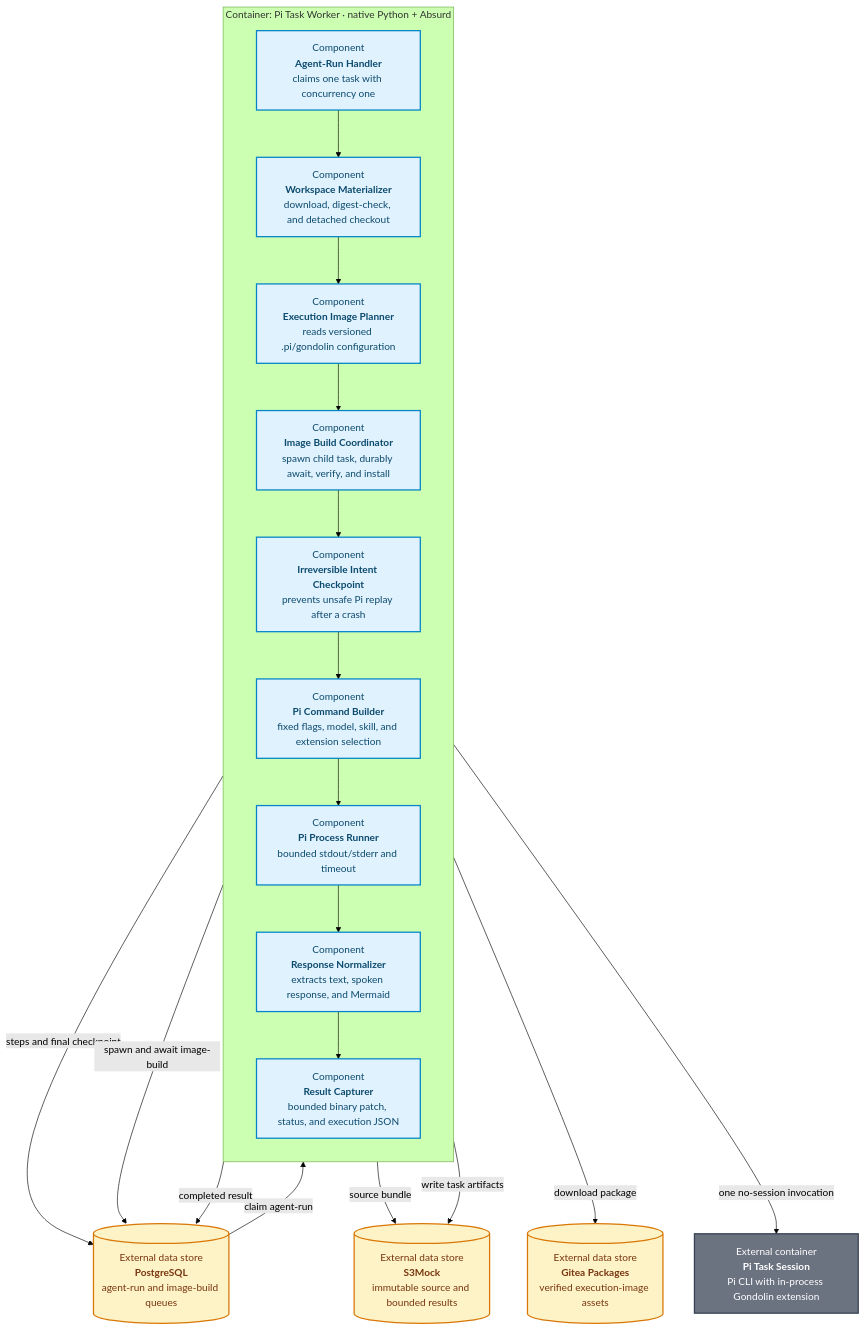
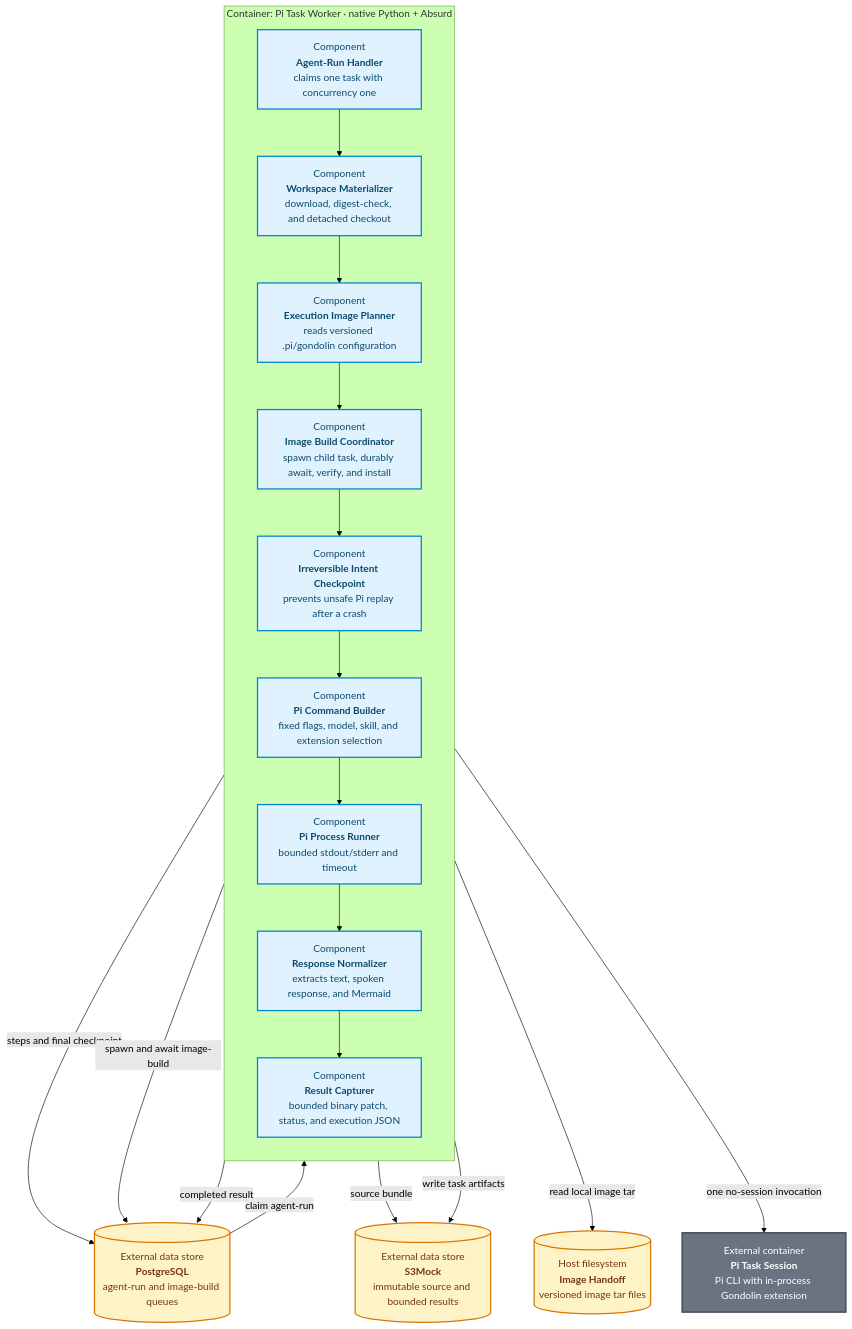
The diagram in products/voice-agent/docs/architecture/c3-pi-task-worker.mmd (ragavsathish/agent-workload-platform), drawn with Mermaid (forest theme) before and after one commit. The commit also changed 87 other files, not shown here.

Commit message:
Move image builds to host Docker API and simplify tooling

```diff
--- a/products/voice-agent/docs/architecture/c3-pi-task-worker.mmd
+++ b/products/voice-agent/docs/architecture/c3-pi-task-worker.mmd
@@ -1,36 +1,36 @@
 flowchart TB
     DB[(External data store<br/><b>PostgreSQL</b><br/>agent-run and image-build queues)]
     S3[(External data store<br/><b>S3Mock</b><br/>immutable source and bounded results)]
-    GITEA[(External data store<br/><b>Gitea Packages</b><br/>verified execution-image assets)]
+    HANDOFF[(Host filesystem<br/><b>Image Handoff</b><br/>versioned image tar files)]
     PI[External container<br/><b>Pi Task Session</b><br/>Pi CLI with in-process Gondolin extension]
 
     subgraph WORKER["Container: Pi Task Worker · native Python + Absurd"]
         direction TB
         CLAIM["Component<br/><b>Agent-Run Handler</b><br/>claims one task with concurrency one"]
         MATERIALIZE["Component<br/><b>Workspace Materializer</b><br/>download, digest-check, and detached checkout"]
         PLAN["Component<br/><b>Execution Image Planner</b><br/>reads versioned .pi/gondolin configuration"]
         BUILD["Component<br/><b>Image Build Coordinator</b><br/>spawn child task, durably await, verify, and install"]
         INTENT["Component<br/><b>Irreversible Intent Checkpoint</b><br/>prevents unsafe Pi replay after a crash"]
         COMMAND["Component<br/><b>Pi Command Builder</b><br/>fixed flags, model, skill, and extension selection"]
         EXECUTE["Component<br/><b>Pi Process Runner</b><br/>bounded stdout/stderr and timeout"]
         NORMALIZE["Component<br/><b>Response Normalizer</b><br/>extracts text, spoken response, and Mermaid"]
         CAPTURE["Component<br/><b>Result Capturer</b><br/>bounded binary patch, status, and execution JSON"]
 
         CLAIM --> MATERIALIZE --> PLAN --> BUILD --> INTENT --> COMMAND --> EXECUTE --> NORMALIZE --> CAPTURE
     end
 
     DB -->|"claim agent-run"| CLAIM
     CLAIM -->|"steps and final checkpoint"| DB
     MATERIALIZE -->|"source bundle"| S3
     BUILD -->|"spawn and await image-build"| DB
-    BUILD -->|"download package"| GITEA
+    BUILD -->|"read local image tar"| HANDOFF
     EXECUTE -->|"one no-session invocation"| PI
     CAPTURE -->|"write task artifacts"| S3
     CAPTURE -->|"completed result"| DB
 
     classDef component fill:#e0f2fe,color:#0c4a6e,stroke:#0284c7,stroke-width:2px;
     classDef external fill:#6b7280,color:#fff,stroke:#374151,stroke-width:2px;
     classDef data fill:#fef3c7,color:#78350f,stroke:#d97706,stroke-width:2px;
     class CLAIM,MATERIALIZE,PLAN,BUILD,INTENT,COMMAND,EXECUTE,NORMALIZE,CAPTURE component;
     class PI,RUNTIME external;
-    class DB,S3,GITEA data;
+    class DB,S3,HANDOFF data;
```
